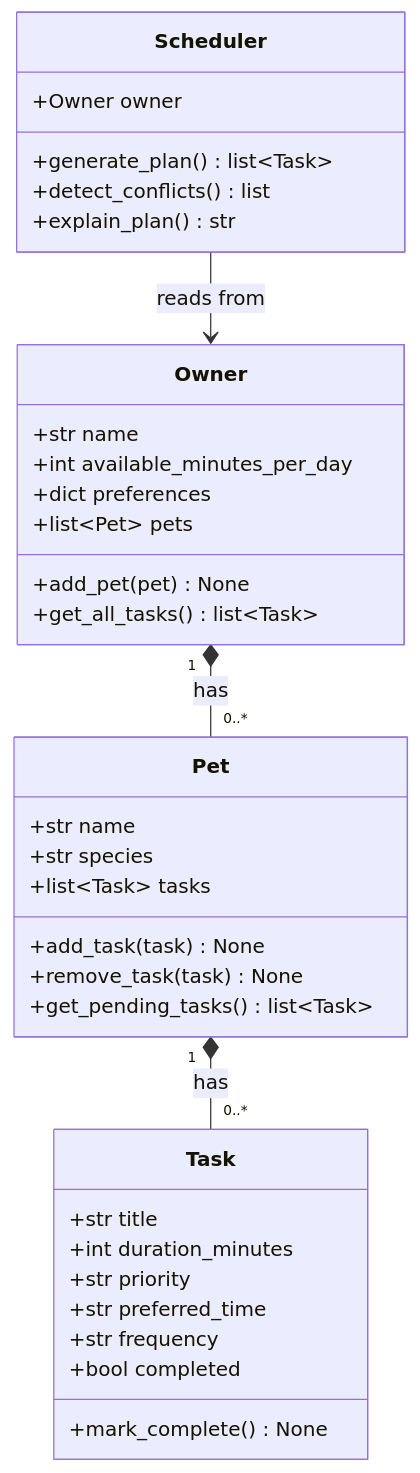
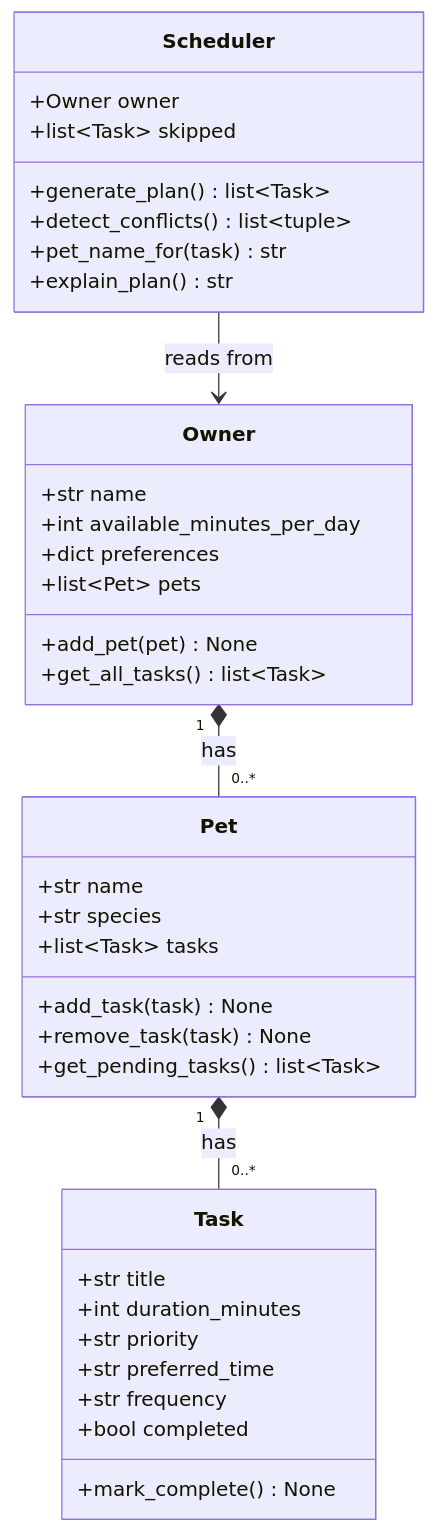
The diagram in diagrams/uml.mmd (hainguyen17/ai110-module2show-pawpal-starter), drawn with Mermaid before and after one commit. The commit also changed 7 other files, not shown here.

```diff
--- a/diagrams/uml.mmd
+++ b/diagrams/uml.mmd
@@ -1,39 +1,41 @@
 classDiagram
     class Task {
         +str title
         +int duration_minutes
         +str priority
         +str preferred_time
         +str frequency
         +bool completed
         +mark_complete() None
     }
 
     class Pet {
         +str name
         +str species
         +list~Task~ tasks
         +add_task(task) None
         +remove_task(task) None
         +get_pending_tasks() list~Task~
     }
 
     class Owner {
         +str name
         +int available_minutes_per_day
         +dict preferences
         +list~Pet~ pets
         +add_pet(pet) None
         +get_all_tasks() list~Task~
     }
 
     class Scheduler {
         +Owner owner
+        +list~Task~ skipped
         +generate_plan() list~Task~
-        +detect_conflicts() list
+        +detect_conflicts() list~tuple~
+        +pet_name_for(task) str
         +explain_plan() str
     }
 
     Owner "1" *-- "0..*" Pet : has
     Pet "1" *-- "0..*" Task : has
     Scheduler --> Owner : reads from
```
